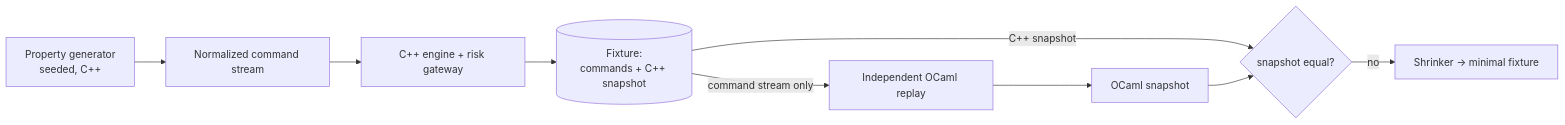
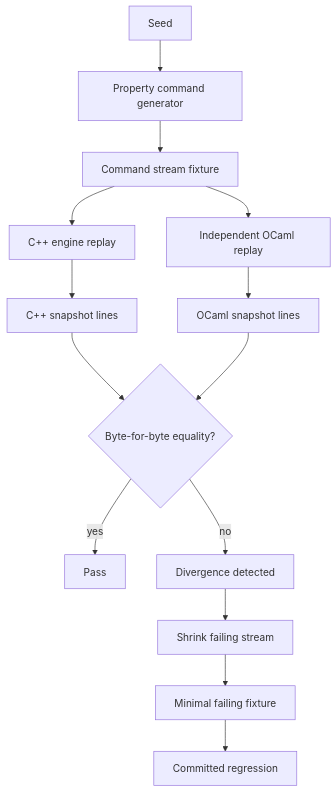
One commit to div0rce/quant-systems-lab changed the diagram in docs/differential_testing.md. Above: the diagram before and after it, drawn with Mermaid. The commit also changed other lines of this file and 15 other files, not shown here.

First line of the commit message:
docs: refresh repository documentation for current architecture (#78)

````diff
--- a/docs/differential_testing.md
+++ b/docs/differential_testing.md
@@ -8,11 +8,16 @@
 ```mermaid
-flowchart LR
-    gen[Property generator<br/>seeded, C++] --> cmds[Normalized command stream]
-    cmds --> cpp[C++ engine + risk gateway]
-    cpp --> fx[(Fixture:<br/>commands + C++ snapshot)]
-    fx -->|command stream only| ocaml[Independent OCaml replay]
-    ocaml --> osnap[OCaml snapshot]
-    fx -->|C++ snapshot| diff{snapshot equal?}
-    osnap --> diff
-    diff -->|no| shrink[Shrinker -> minimal fixture]
+flowchart TD
+    seed[Seed] --> gen[Property command generator]
+    gen --> stream[Command stream fixture]
+    stream --> cpp[C++ engine replay]
+    stream --> ocaml[Independent OCaml replay]
+    cpp --> cppsnap[C++ snapshot lines]
+    ocaml --> osnap[OCaml snapshot lines]
+    cppsnap --> cmp{Byte-for-byte equality?}
+    osnap --> cmp
+    cmp -->|yes| pass[Pass]
+    cmp -->|no| fail[Divergence detected]
+    fail --> shrink[Shrink failing stream]
+    shrink --> min[Minimal failing fixture]
+    min --> regress[Committed regression]
 ```
````
